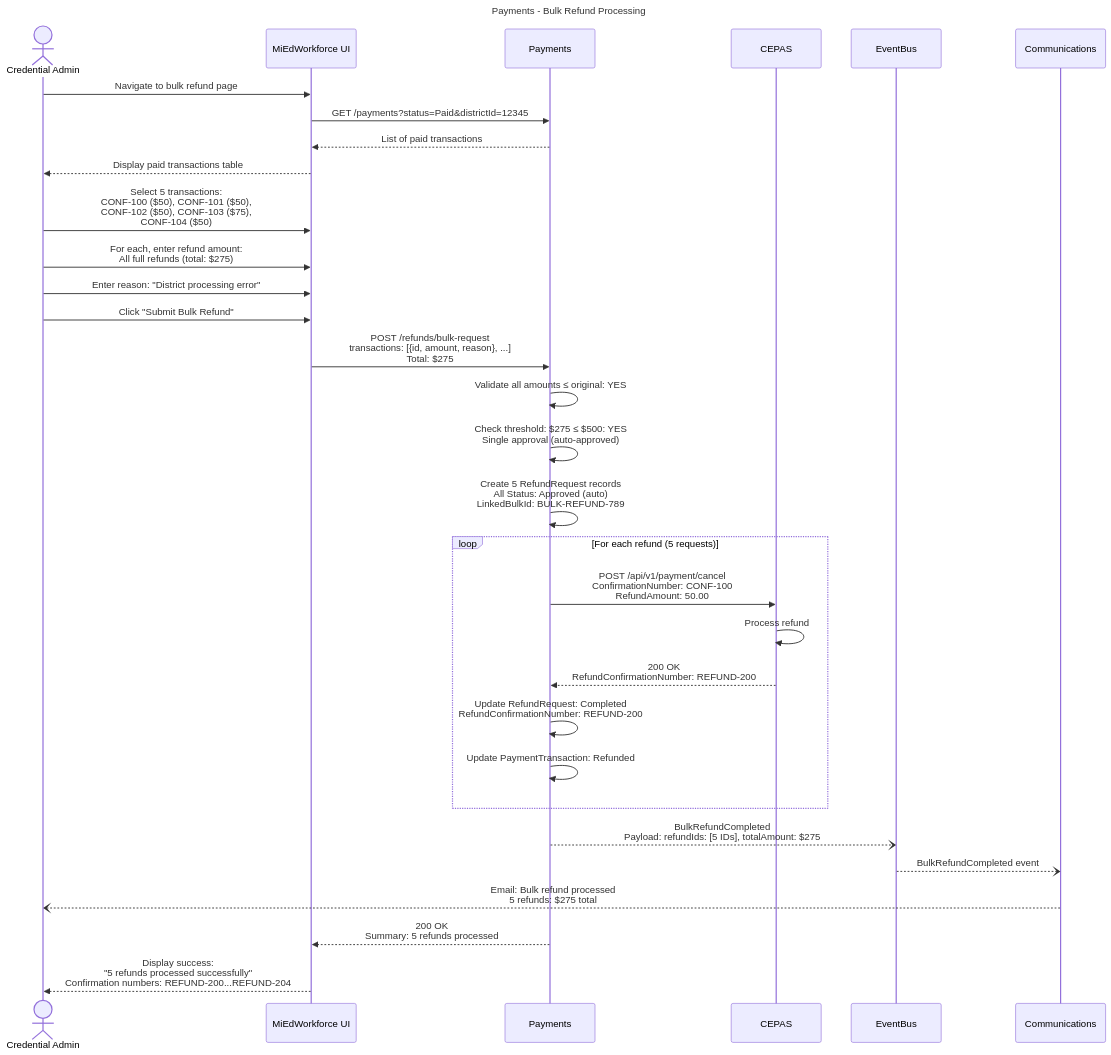
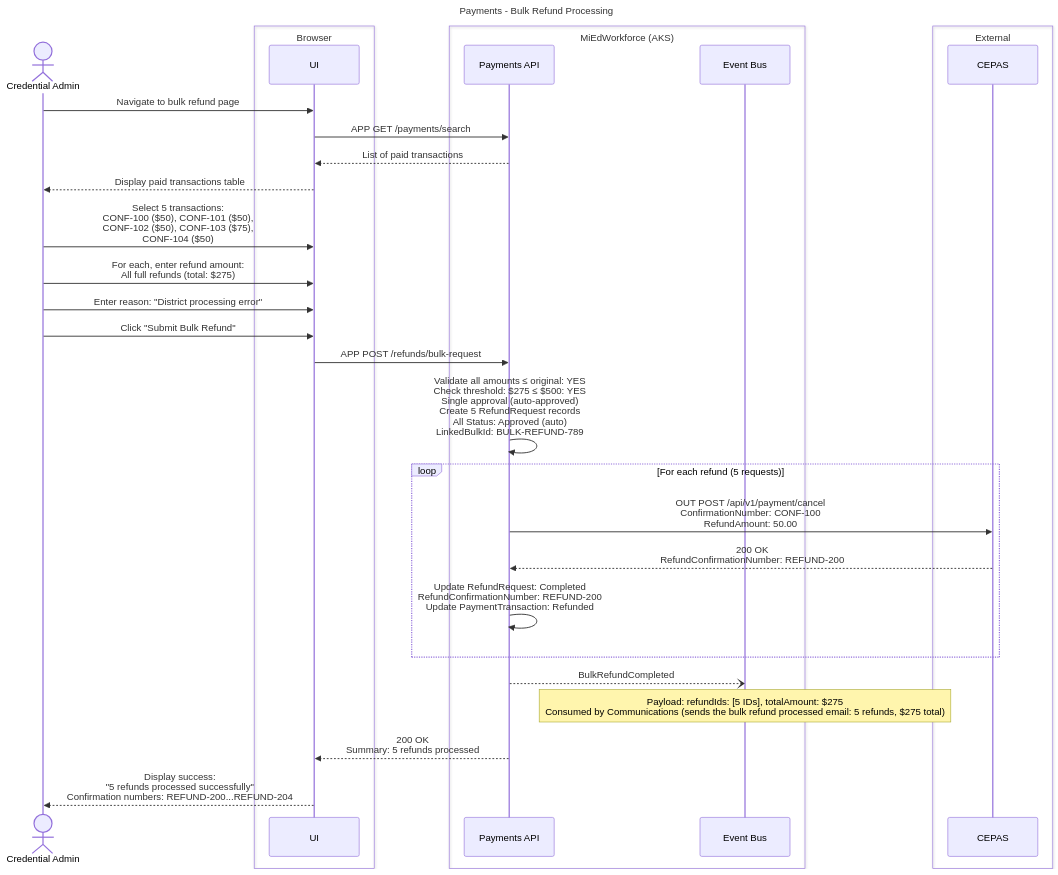
The tenth of 11 diagrams in working-docs/solution-areas/payments/payments-sequences.md (mnichols-dl/mied-design), drawn with Mermaid before and after one commit. The commit also changed other lines of this file and 34 other files, not shown here.

Commit message:
Update sequences and perform RTM assessment

````diff
--- a/working-docs/solution-areas/payments/payments-sequences.md
+++ b/working-docs/solution-areas/payments/payments-sequences.md
@@ -761,52 +643,49 @@
 ```mermaid
 ---
 title: Payments - Bulk Refund Processing
 ---
 sequenceDiagram
     actor CredAdmin as Credential Admin
-    participant UI as MiEdWorkforce UI
-    participant Payments
-    participant CEPAS
-    participant EventBus
-    participant Comms as Communications
-    
+    box Browser
+        participant UI
+    end
+    box MiEdWorkforce (AKS)
+        participant PayApi as Payments API
+        participant EventBus as Event Bus
+    end
+    box External
+        participant CEPAS
+    end
+
     CredAdmin->>UI: Navigate to bulk refund page
-    UI->>Payments: GET /payments?status=Paid&districtId=12345
-    Payments-->>UI: List of paid transactions
-    
+    UI->>PayApi: APP GET /payments/search
+    PayApi-->>UI: List of paid transactions
+
     UI-->>CredAdmin: Display paid transactions table
-    
+
     CredAdmin->>UI: Select 5 transactions:<br/>CONF-100 ($50), CONF-101 ($50),<br/>CONF-102 ($50), CONF-103 ($75),<br/>CONF-104 ($50)
-    
+
     CredAdmin->>UI: For each, enter refund amount:<br/>All full refunds (total: $275)
-    
+
     CredAdmin->>UI: Enter reason: "District processing error"
     CredAdmin->>UI: Click "Submit Bulk Refund"
-    
-    UI->>Payments: POST /refunds/bulk-request<br/>transactions: [{id, amount, reason}, ...]<br/>Total: $275
-    
-    Payments->>Payments: Validate all amounts ≤ original: YES
-    Payments->>Payments: Check threshold: $275 ≤ $500: YES<br/>Single approval (auto-approved)
-    
-    Payments->>Payments: Create 5 RefundRequest records<br/>All Status: Approved (auto)<br/>LinkedBulkId: BULK-REFUND-789
-    
+
+    UI->>PayApi: APP POST /refunds/bulk-request
+
+    PayApi->>PayApi: Validate all amounts ≤ original: YES<br/>Check threshold: $275 ≤ $500: YES<br/>Single approval (auto-approved)<br/>Create 5 RefundRequest records<br/>All Status: Approved (auto)<br/>LinkedBulkId: BULK-REFUND-789
+
     loop For each refund (5 requests)
-        Payments->>CEPAS: POST /api/v1/payment/cancel<br/>ConfirmationNumber: CONF-100<br/>RefundAmount: 50.00
-        
-        CEPAS->>CEPAS: Process refund
-        CEPAS-->>Payments: 200 OK<br/>RefundConfirmationNumber: REFUND-200
-        
-        Payments->>Payments: Update RefundRequest: Completed<br/>RefundConfirmationNumber: REFUND-200
-        
-        Payments->>Payments: Update PaymentTransaction: Refunded
+        PayApi->>CEPAS: OUT POST /api/v1/payment/cancel<br/>ConfirmationNumber: CONF-100<br/>RefundAmount: 50.00
+
+        CEPAS-->>PayApi: 200 OK<br/>RefundConfirmationNumber: REFUND-200
+
+        PayApi->>PayApi: Update RefundRequest: Completed<br/>RefundConfirmationNumber: REFUND-200<br/>Update PaymentTransaction: Refunded
     end
-    
-    Payments--)EventBus: BulkRefundCompleted<br/>Payload: refundIds: [5 IDs], totalAmount: $275
-    
-    EventBus--)Comms: BulkRefundCompleted event
-    Comms--)CredAdmin: Email: Bulk refund processed<br/>5 refunds: $275 total
-    
-    Payments-->>UI: 200 OK<br/>Summary: 5 refunds processed
-    
+
+    PayApi--)EventBus: BulkRefundCompleted
+    Note over EventBus: Payload: refundIds: [5 IDs], totalAmount: $275<br/>Consumed by Communications (sends the bulk refund processed email: 5 refunds, $275 total)
+
+    PayApi-->>UI: 200 OK<br/>Summary: 5 refunds processed
+
     UI-->>CredAdmin: Display success:<br/>"5 refunds processed successfully"<br/>Confirmation numbers: REFUND-200...REFUND-204
 ```
````
